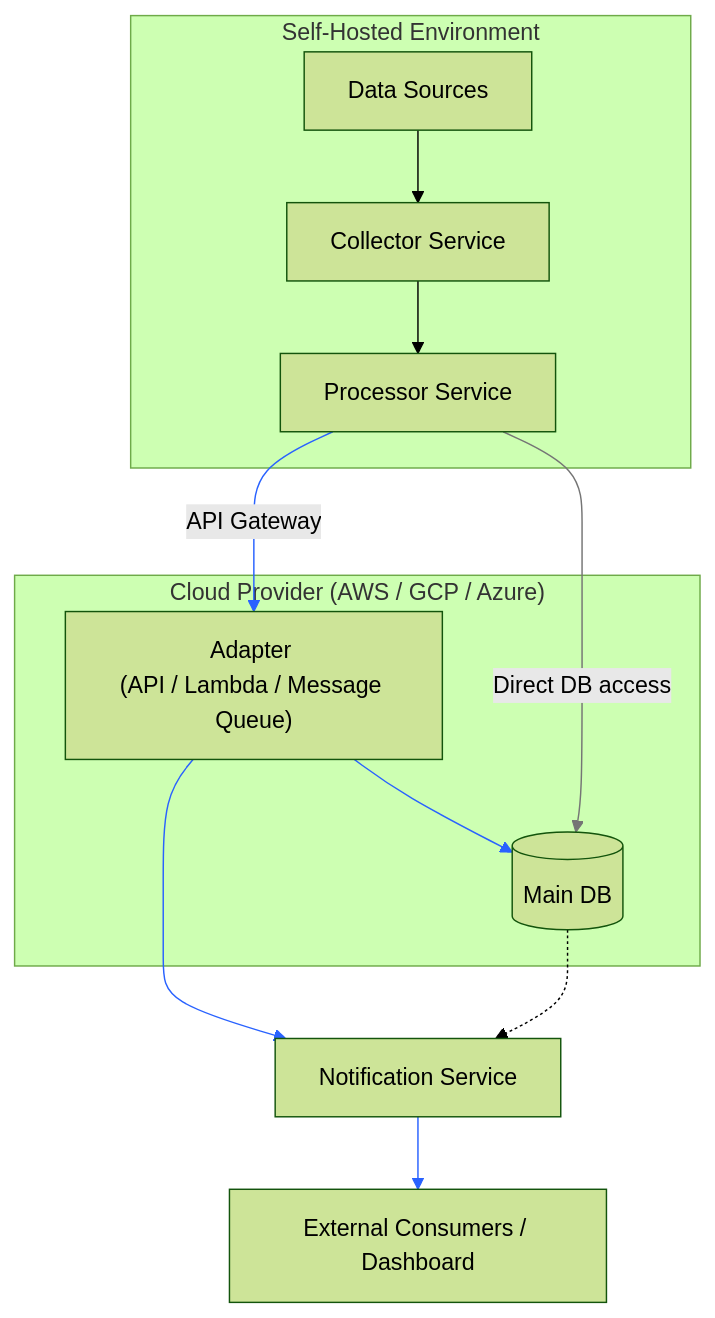
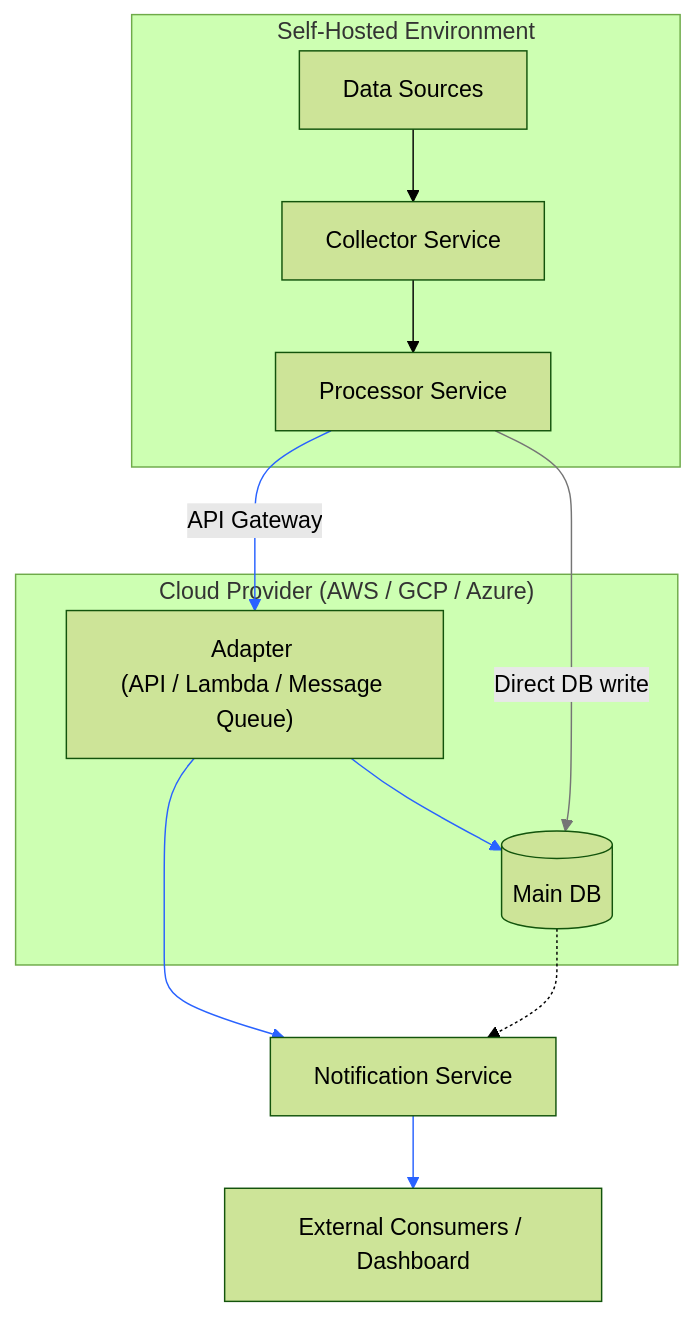
One commit to arisyntek/hca changed the diagram in README.md. Above: the diagram before and after it, drawn with Mermaid (forest theme).

Commit message:
Draft v2

````diff
--- a/README.md
+++ b/README.md
@@ -3,25 +3,25 @@
 ```mermaid
 flowchart TB
  subgraph subGraph0["Self-Hosted Environment"]
         B["Collector Service"]
         A["Data Sources"]
         C["Processor Service"]
   end
  subgraph subGraph1["Cloud Provider (AWS / GCP / Azure)"]
         E[("Main DB")]
         F["Adapter <br>(API / Lambda / Message Queue)"]
   end
     A --> B
     B --> C
     F --> E & n1["Notification Service"]
     C -- API Gateway --> F
-    C -- Direct DB access --> E
+    C -- Direct DB write --> E
     n1 --> G["External Consumers / Dashboard"]
     E -.-> n1
 
     linkStyle 2 stroke:#2962FF,fill:none
     linkStyle 3 stroke:#2962FF,fill:none
     linkStyle 4 stroke:#2962FF,fill:none
     linkStyle 5 stroke:#757575,fill:none
     linkStyle 6 stroke:#2962FF,fill:none
 ```
````
